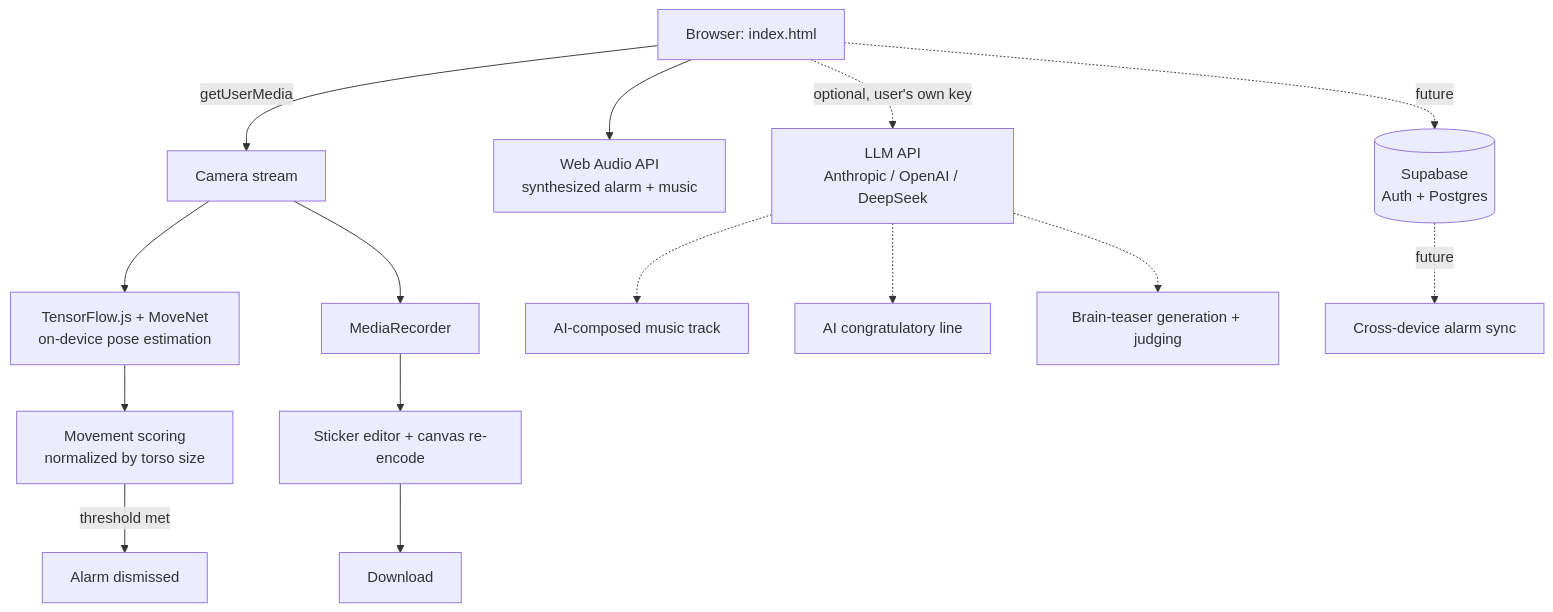
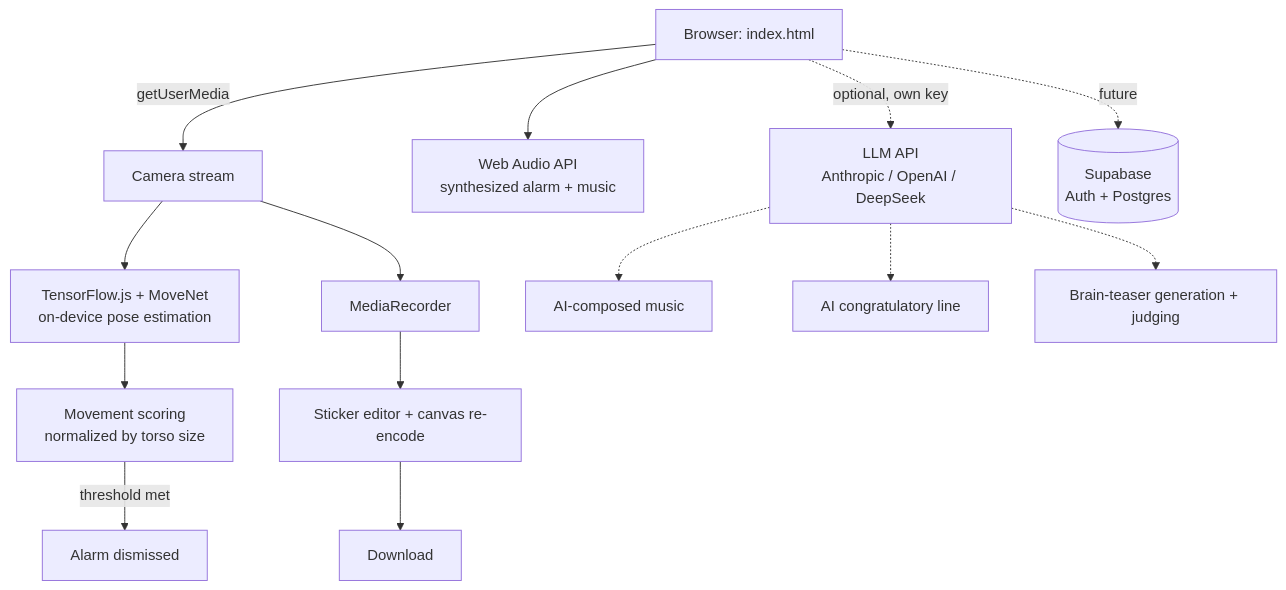
One commit to cici-yao/wake-and-move changed the diagram in README.md. Above: the diagram before and after it, drawn with Mermaid. The commit also changed other lines of this file, not shown here.

````diff
--- a/README.md
+++ b/README.md
@@ -44,17 +42,16 @@
 ```mermaid
 flowchart TD
     A[Browser: index.html] -->|getUserMedia| B[Camera stream]
     B --> C[TensorFlow.js + MoveNet<br/>on-device pose estimation]
     C --> D[Movement scoring<br/>normalized by torso size]
     D -->|threshold met| E[Alarm dismissed]
     B --> F[MediaRecorder]
     F --> G[Sticker editor + canvas re-encode]
     G --> GD[Download]
     A --> H[Web Audio API<br/>synthesized alarm + music]
-    A -.optional, user's own key.-> K[LLM API<br/>Anthropic / OpenAI / DeepSeek]
-    K -.-> K1[AI-composed music track]
+    A -.optional, own key.-> K[LLM API<br/>Anthropic / OpenAI / DeepSeek]
+    K -.-> K1[AI-composed music]
     K -.-> K2[AI congratulatory line]
     K -.-> K3[Brain-teaser generation + judging]
     A -.future.-> I[(Supabase<br/>Auth + Postgres)]
-    I -.future.-> J[Cross-device alarm sync]
 ```
````
